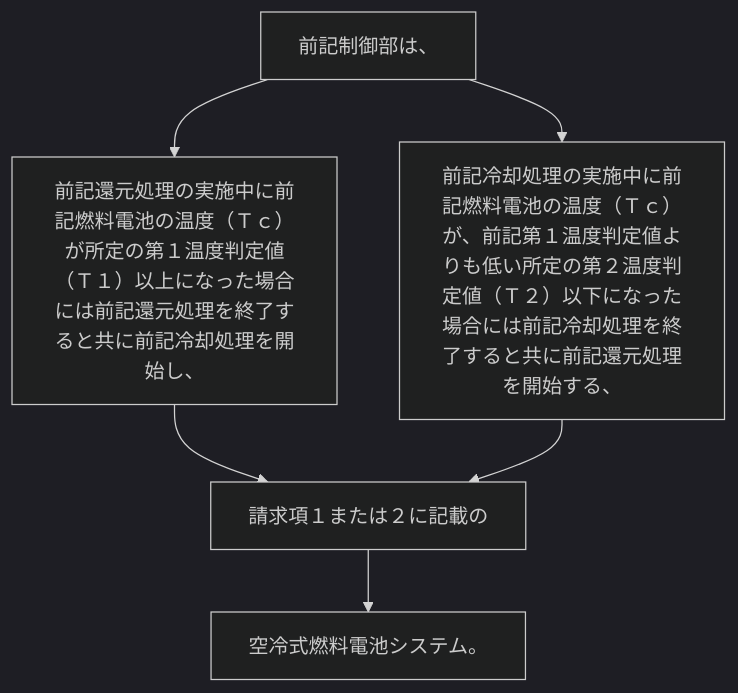
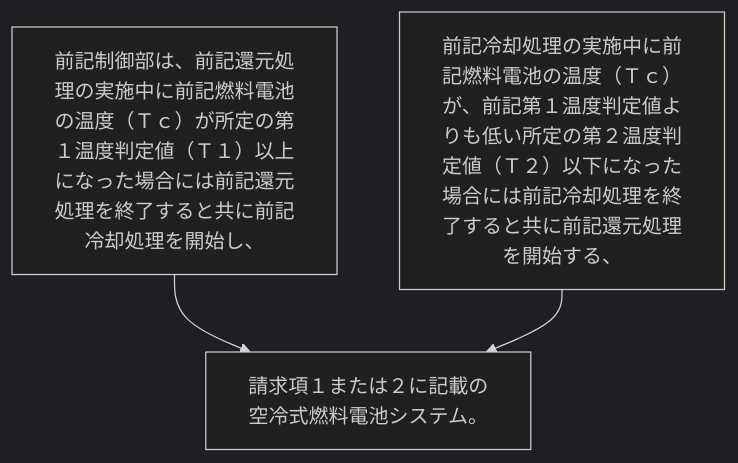
The diagram in 2024/JP2024017767A/claim_3/README.md (shinmori55/patent_analyzed), drawn with Mermaid (dark theme) before and after one commit. The commit also changed 336 other files, not shown here.

````diff
--- a/2024/JP2024017767A/claim_3/README.md
+++ b/2024/JP2024017767A/claim_3/README.md
@@ -2,13 +2,8 @@
 ```mermaid
 flowchart TD
-A[前記制御部は、]
-B[前記還元処理の実施中に前記燃料電池の温度（Ｔｃ）が所定の第１温度判定値（Ｔ１）以上になった場合には前記還元処理を終了すると共に前記冷却処理を開始し、]
-C[前記冷却処理の実施中に前記燃料電池の温度（Ｔｃ）が、前記第１温度判定値よりも低い所定の第２温度判定値（Ｔ２）以下になった場合には前記冷却処理を終了すると共に前記還元処理を開始する、]
-D[請求項１または２に記載の]
-E[空冷式燃料電池システム。]
-A --> B
+A["前記制御部は、前記還元処理の実施中に前記燃料電池の温度（Ｔｃ）が所定の第１温度判定値（Ｔ１）以上になった場合には前記還元処理を終了すると共に前記冷却処理を開始し、"]
+B["前記冷却処理の実施中に前記燃料電池の温度（Ｔｃ）が、前記第１温度判定値よりも低い所定の第２温度判定値（Ｔ２）以下になった場合には前記冷却処理を終了すると共に前記還元処理を開始する、"]
+C["請求項１または２に記載の空冷式燃料電池システム。"]
 A --> C
-B --> D
-C --> D
-D --> E
+B --> C
 ```
````
